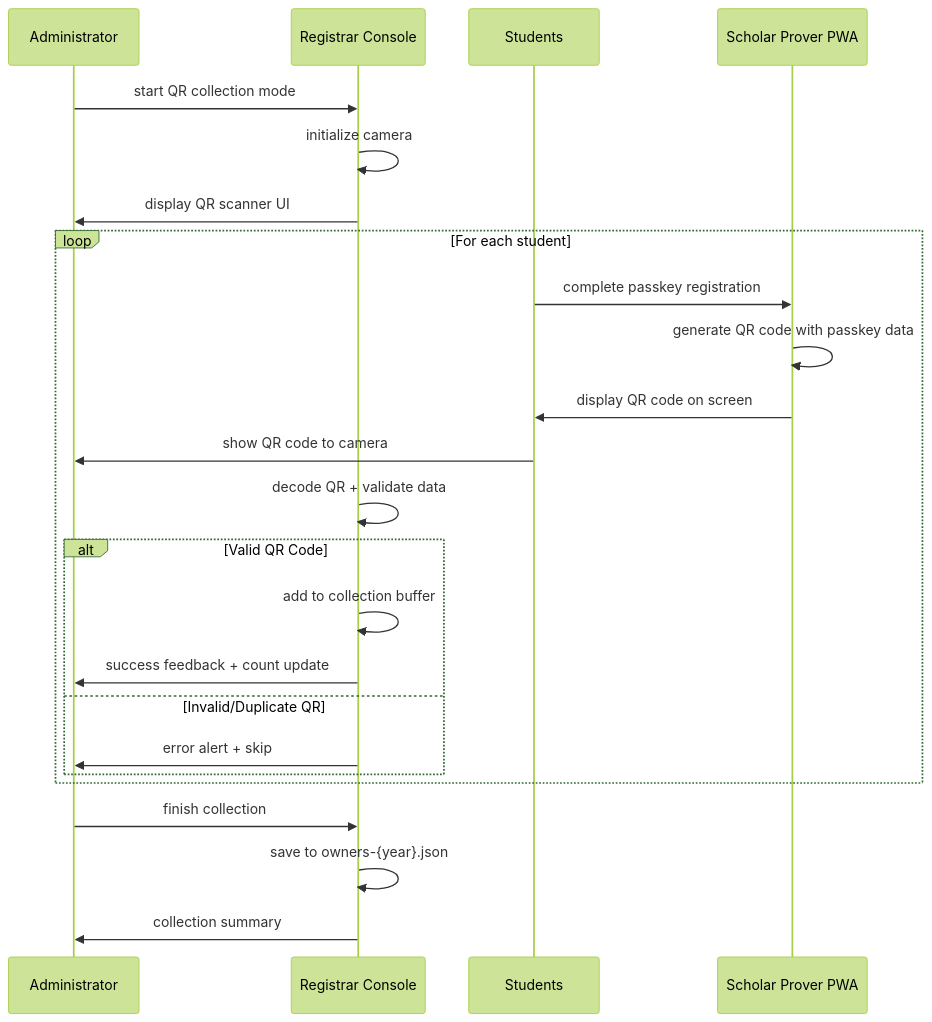
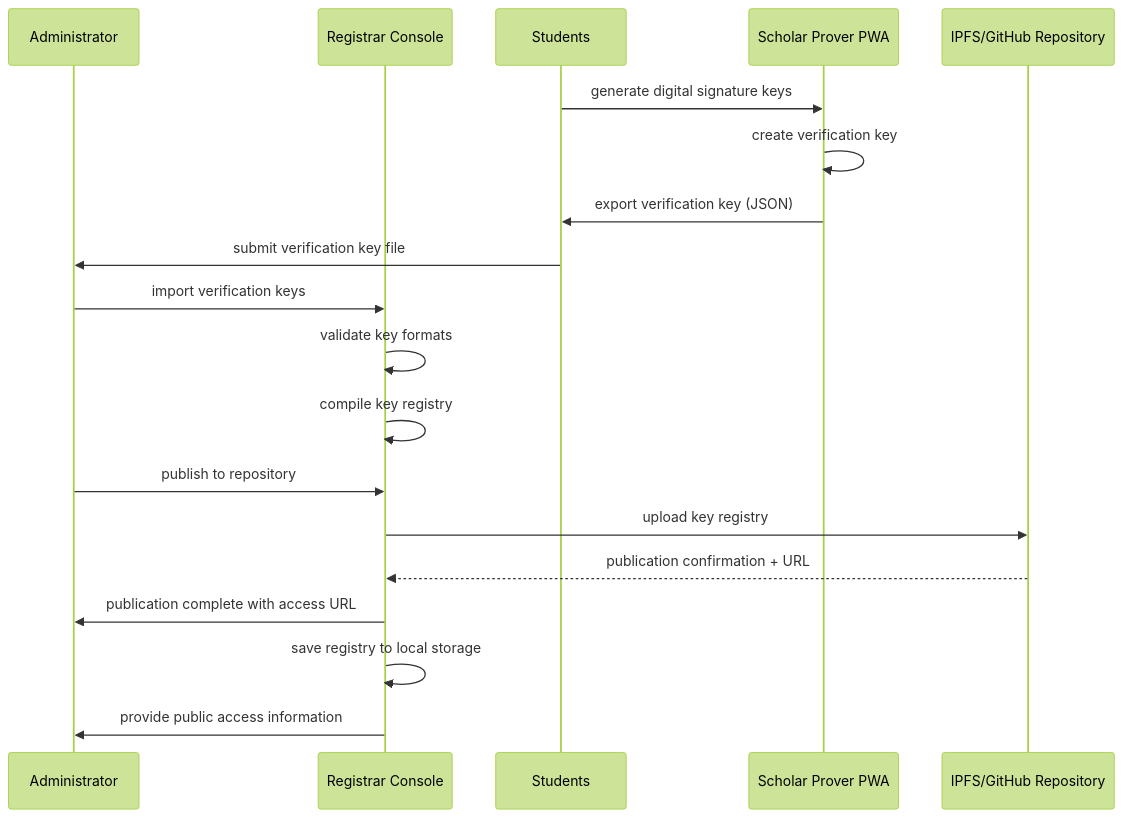
One commit to Blank-Vulture/Tri-CertFramework changed the third of 4 diagrams in documents/FSDv2.md. Above: the diagram before and after it, drawn with Mermaid (forest theme). The commit also changed other lines of this file and 51 other files, not shown here.

````diff
--- a/documents/FSDv2.md
+++ b/documents/FSDv2.md
@@ -111,29 +117,25 @@
 ```mermaid
 sequenceDiagram
     participant Admin as Administrator
     participant RC as Registrar Console
     participant Students as Students
     participant PWA as Scholar Prover PWA
+    participant Repo as IPFS/GitHub Repository
 
-    Admin->>RC: start QR collection mode
-    RC->>RC: initialize camera
-    RC->>Admin: display QR scanner UI
+    Students->>PWA: generate digital signature keys
+    PWA->>PWA: create verification key
+    PWA->>Students: export verification key (JSON)
+    Students->>Admin: submit verification key file
     
-    loop For each student
-        Students->>PWA: complete passkey registration
-        PWA->>PWA: generate QR code with passkey data
-        PWA->>Students: display QR code on screen
-        Students->>Admin: show QR code to camera
-        RC->>RC: decode QR + validate data
-        alt Valid QR Code
-            RC->>RC: add to collection buffer
-            RC->>Admin: success feedback + count update
-        else Invalid/Duplicate QR
-            RC->>Admin: error alert + skip
-        end
-    end
+    Admin->>RC: import verification keys
+    RC->>RC: validate key formats
+    RC->>RC: compile key registry
     
-    Admin->>RC: finish collection
-    RC->>RC: save to owners-{year}.json
-    RC->>Admin: collection summary
+    Admin->>RC: publish to repository
+    RC->>Repo: upload key registry
+    Repo-->>RC: publication confirmation + URL
+    RC->>Admin: publication complete with access URL
+    
+    RC->>RC: save registry to local storage
+    RC->>Admin: provide public access information
 ```
````
